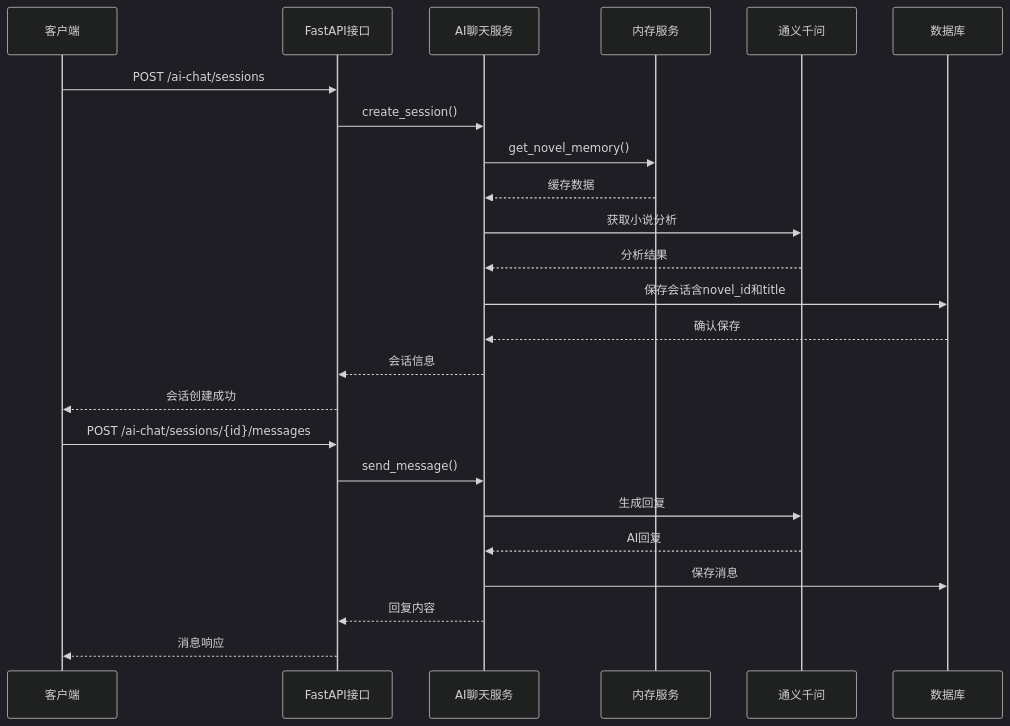
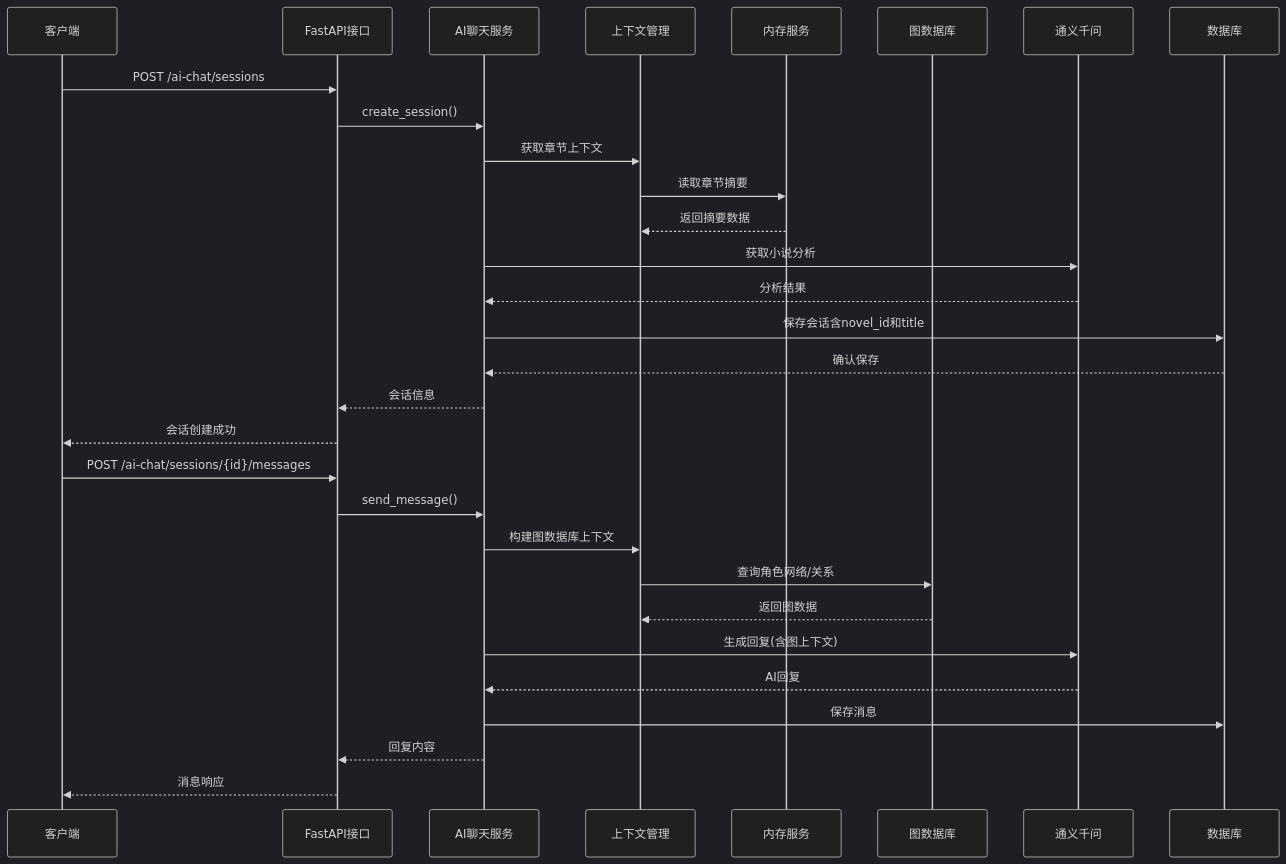
The fourth of 25 diagrams in .qoder/repowiki/zh/content/Ai Chat Service.md (xfbyxq/ai-novel-system), drawn with Mermaid (dark theme) before and after one commit. The commit also changed other lines of this file and 19 other files, not shown here.

First line of the commit message:
feat(graph): 新增图数据库完整支持与AI聊天集成

````diff
--- a/.qoder/repowiki/zh/content/Ai Chat Service.md
+++ b/.qoder/repowiki/zh/content/Ai Chat Service.md
@@ -185,26 +217,32 @@
 ```mermaid
 sequenceDiagram
 participant Client as 客户端
 participant API as FastAPI接口
 participant Service as AI聊天服务
+participant Context as 上下文管理
 participant Memory as 内存服务
+participant Graph as 图数据库
 participant LLM as 通义千问
 participant DB as 数据库
 Client->>API : POST /ai-chat/sessions
 API->>Service : create_session()
-Service->>Memory : get_novel_memory()
-Memory-->>Service : 缓存数据
+Service->>Context : 获取章节上下文
+Context->>Memory : 读取章节摘要
+Memory-->>Context : 返回摘要数据
 Service->>LLM : 获取小说分析
 LLM-->>Service : 分析结果
 Service->>DB : 保存会话含novel_id和title
 DB-->>Service : 确认保存
 Service-->>API : 会话信息
 API-->>Client : 会话创建成功
 Client->>API : POST /ai-chat/sessions/{id}/messages
 API->>Service : send_message()
-Service->>LLM : 生成回复
+Service->>Context : 构建图数据库上下文
+Context->>Graph : 查询角色网络/关系
+Graph-->>Context : 返回图数据
+Service->>LLM : 生成回复(含图上下文)
 LLM-->>Service : AI回复
 Service->>DB : 保存消息
 Service-->>API : 回复内容
 API-->>Client : 消息响应
 ```
````
